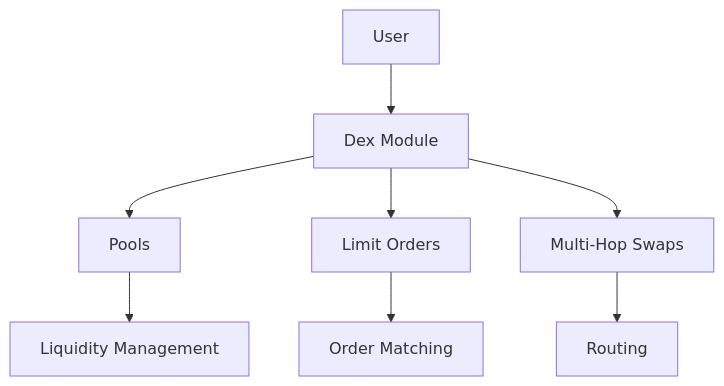
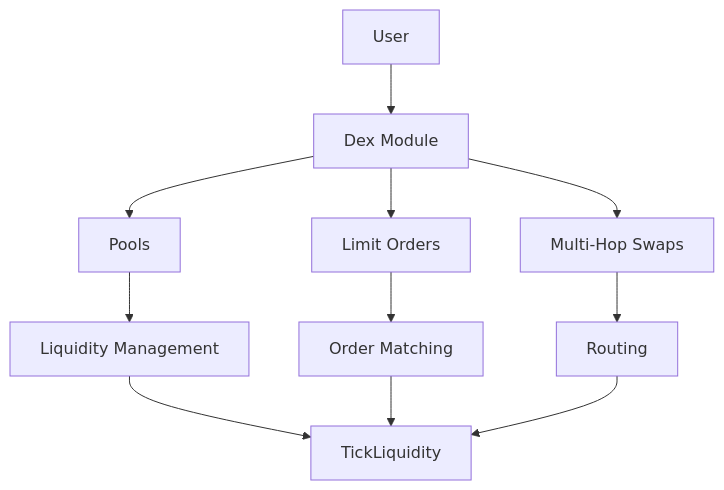
One commit to neutron-org/neutron-docs changed the first of 3 diagrams in developers/modules/dex/explanation.mdx. Above: the diagram before and after it, drawn with Mermaid. The commit also changed other lines of this file and 3 other files, not shown here.

````diff
--- a/developers/modules/dex/explanation.mdx
+++ b/developers/modules/dex/explanation.mdx
@@ -11,10 +11,13 @@
 ```mermaid
 graph TD
     A[User] --> B[Dex Module]
     B --> C[Pools]
     B --> D[Limit Orders]
     B --> E[Multi-Hop Swaps]
     C --> F[Liquidity Management]
     D --> G[Order Matching]
     E --> H[Routing]
+    F --> I[TickLiquidity]
+    G --> I
+    H --> I
 ```
````
